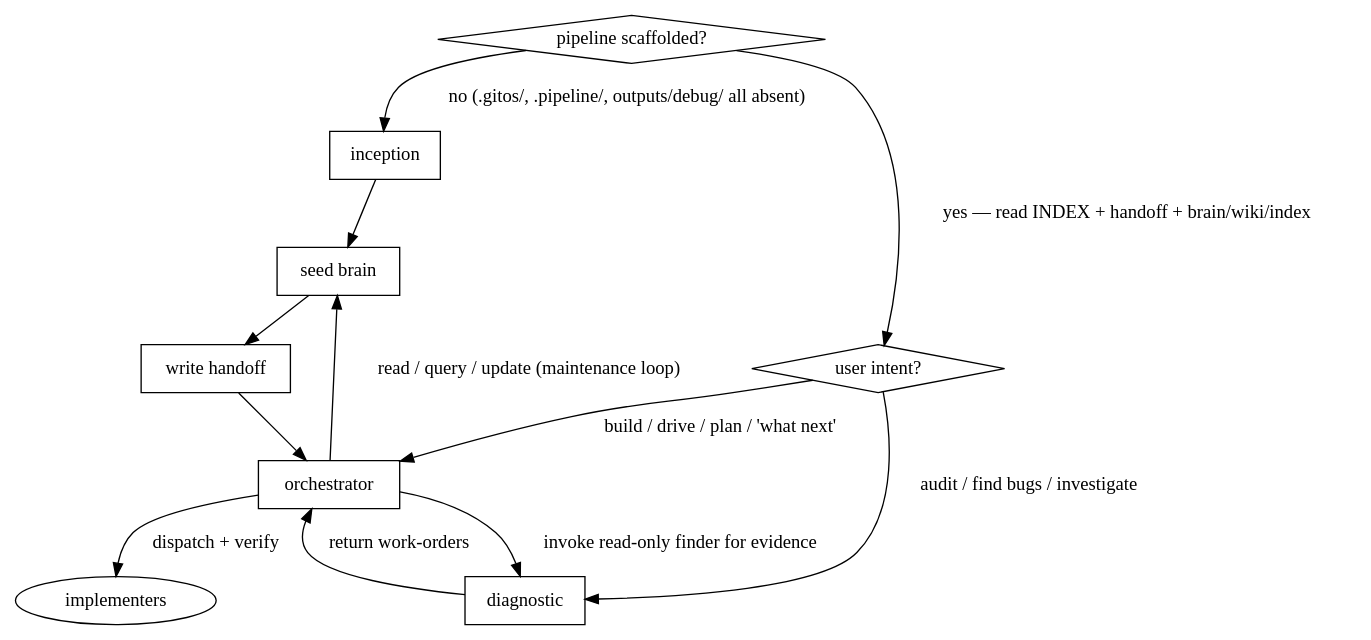
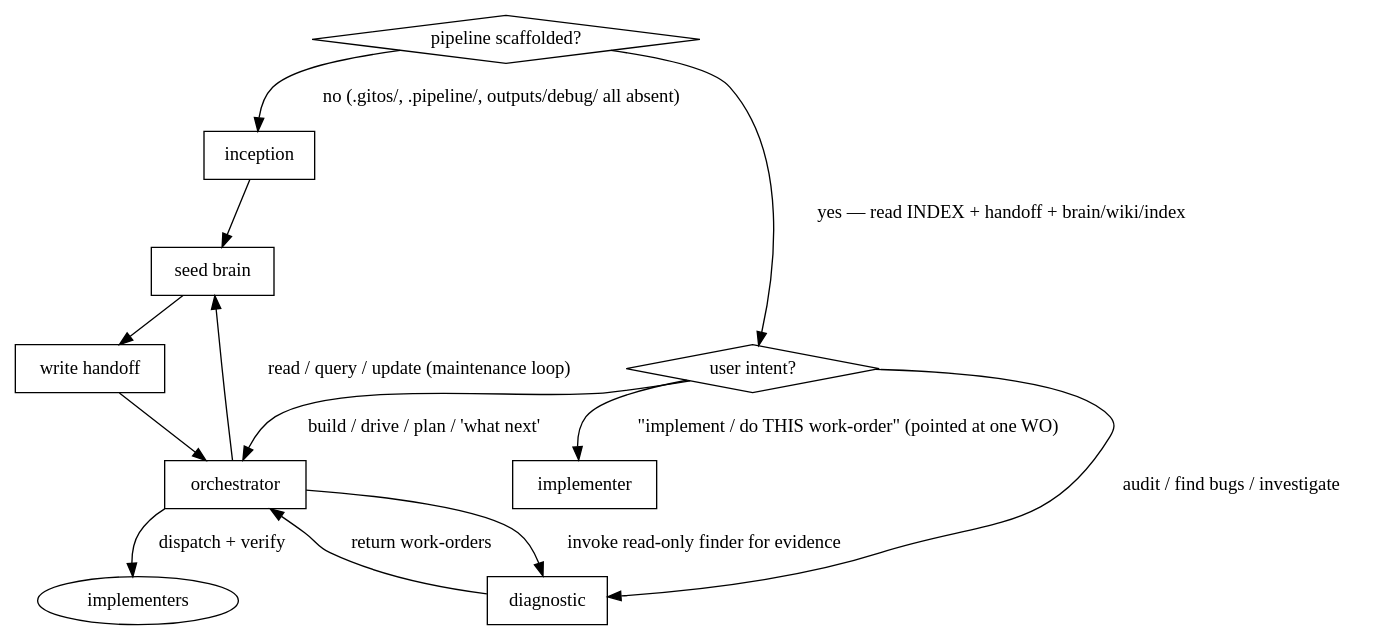
The diagram in SKILL.md (wizzo-gmb/gitos), drawn with Graphviz before and after one commit. The commit also changed other lines of this file and 5 other files, not shown here.

````diff
--- a/SKILL.md
+++ b/SKILL.md
@@ -52,18 +52,20 @@
 ```dot
 digraph route {
   detect [shape=diamond, label="pipeline scaffolded?"];
   inception [shape=box]; orchestrator [shape=box]; diagnostic [shape=box];
   brain [shape=box, label="seed brain"]; handoff [shape=box, label="write handoff"];
 
   detect -> inception   [label="no (.gitos/, .pipeline/, outputs/debug/ all absent)"];
   inception -> brain -> handoff -> orchestrator;
   detect -> intent      [label="yes — read INDEX + handoff + brain/wiki/index"];
   intent [shape=diamond, label="user intent?"];
+  implementer [shape=box];
   intent -> orchestrator [label="build / drive / plan / 'what next'"];
   intent -> diagnostic   [label="audit / find bugs / investigate"];
+  intent -> implementer  [label="\"implement / do THIS work-order\" (pointed at one WO)"];
   orchestrator -> diagnostic [label="invoke read-only finder for evidence"];
   diagnostic -> orchestrator [label="return work-orders"];
   orchestrator -> implementers [label="dispatch + verify"];
   orchestrator -> brain [label="read / query / update (maintenance loop)"];
 }
 ```
````
